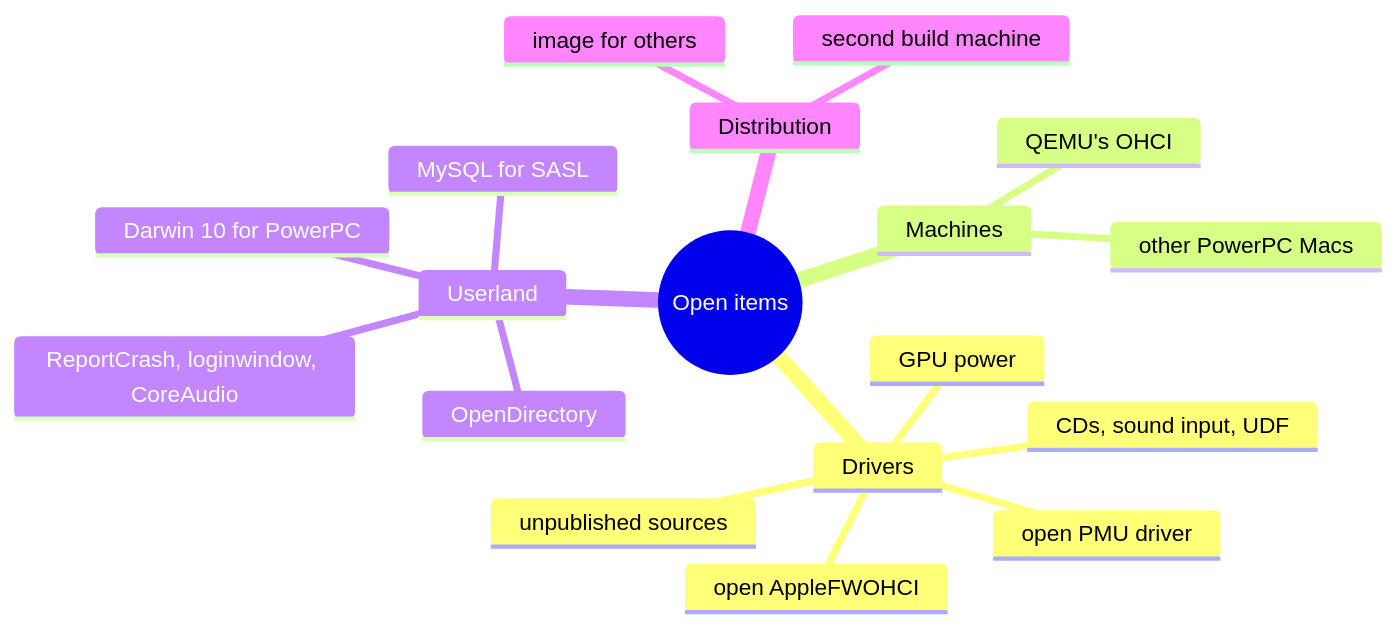
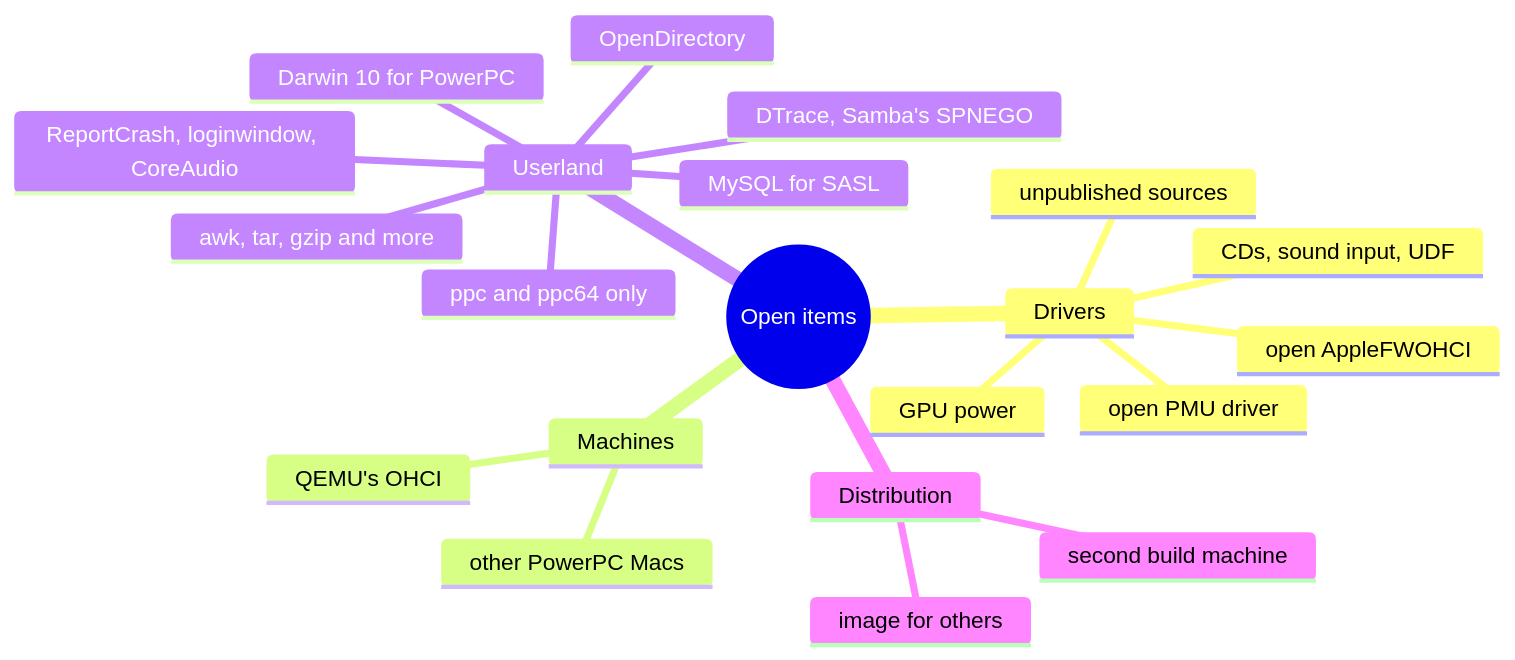
One commit to nyg/PowerDarwin changed the diagram in docs/src/steps/whats-next.md. Above: the diagram before and after it, drawn with Mermaid. The commit also changed other lines of this file and 16 other files, not shown here.

````diff
--- a/docs/src/steps/whats-next.md
+++ b/docs/src/steps/whats-next.md
@@ -88,21 +103,24 @@
 ```mermaid
 mindmap
   root((Open items))
     Drivers
       open PMU driver
       open AppleFWOHCI
       GPU power
       CDs, sound input, UDF
       unpublished sources
     Machines
       other PowerPC Macs
       QEMU's OHCI
     Userland
       OpenDirectory
       ReportCrash, loginwindow, CoreAudio
       MySQL for SASL
+      awk, tar, gzip and more
+      DTrace, Samba's SPNEGO
+      ppc and ppc64 only
       Darwin 10 for PowerPC
     Distribution
       image for others
       second build machine
 ```
````
